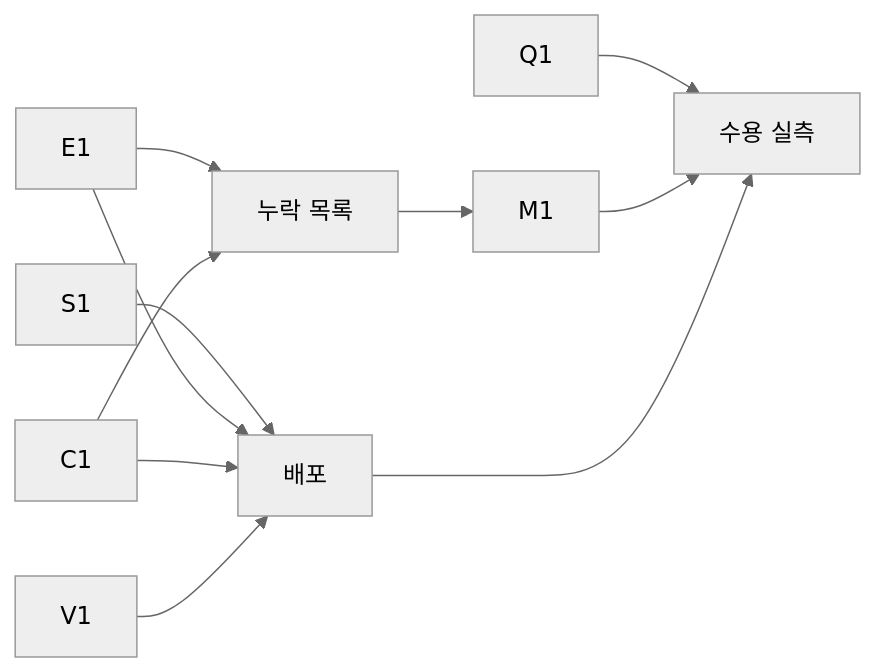
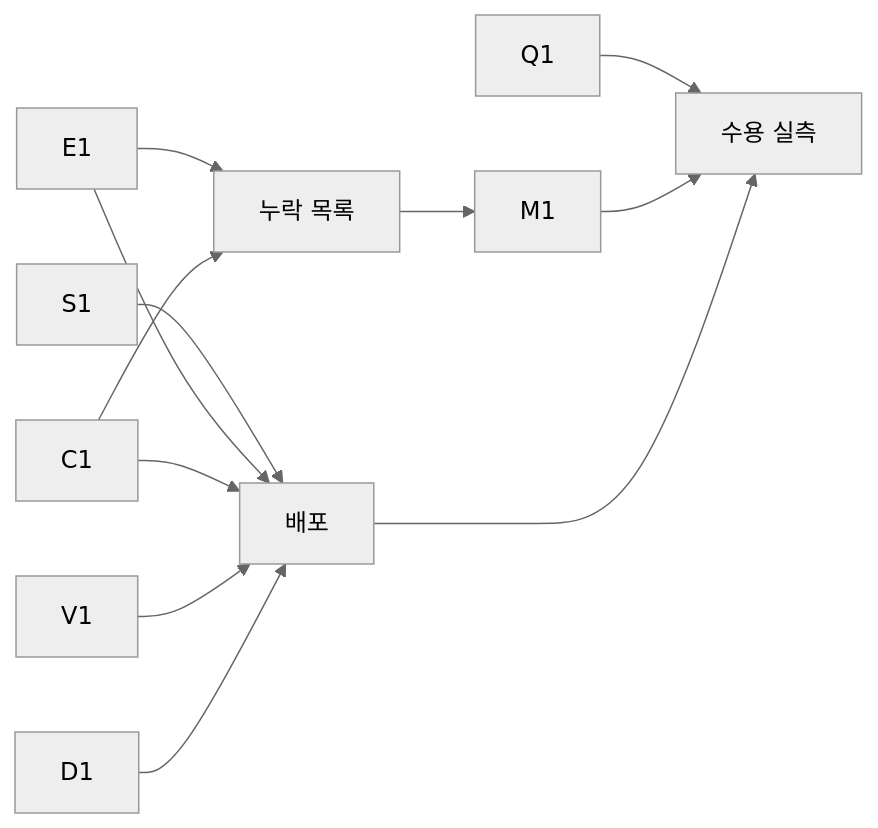
Before and after one commit to lab-paper-code/chill: the diagram in docs/design/serving/energy-objective-plan.md, drawn with Mermaid (neutral theme). The commit also changed other lines of this file and 1 other file, not shown here.

````diff
--- a/docs/design/serving/energy-objective-plan.md
+++ b/docs/design/serving/energy-objective-plan.md
@@ -165,12 +167,13 @@
 ```mermaid
 flowchart LR
   Q1 --> R[수용 실측]
   S1 --> D[배포]
   E1 --> D
   C1 --> D
   V1 --> D
+  D1 --> D
   E1 --> L[누락 목록]
   C1 --> L
   L --> M1 --> R
   D --> R
 ```
````
